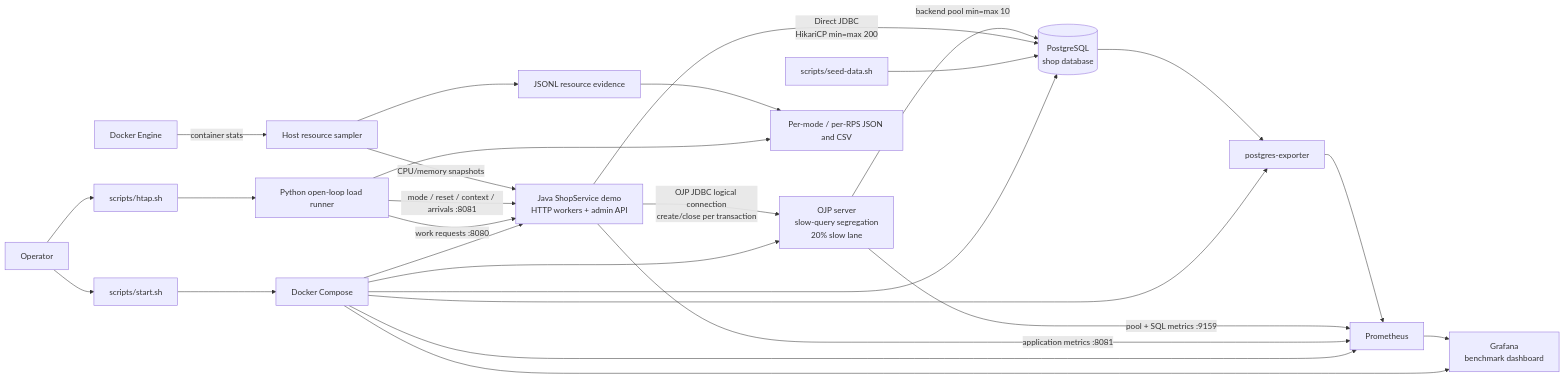
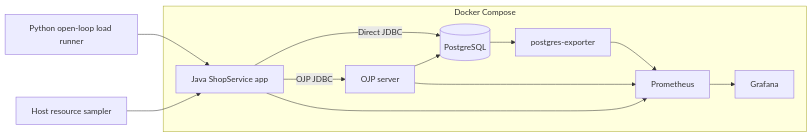
One commit to Open-J-Proxy/ojp-live-demo changed the diagram in README.md. Above: the diagram before and after it, drawn with Mermaid.

Commit message:
Simplify component architecture diagram

````diff
--- a/README.md
+++ b/README.md
@@ -93,29 +93,21 @@
 ```mermaid
 flowchart LR
-    Operator["Operator"] --> Start["scripts/start.sh"]
-    Operator --> HTAP["scripts/htap.sh"]
-    Start --> Compose["Docker Compose"]
-    Compose --> PG[("PostgreSQL<br/>shop database")]
-    Compose --> App["Java ShopService demo<br/>HTTP workers + admin API"]
-    Compose --> OJP["OJP server<br/>slow-query segregation<br/>20% slow lane"]
-    Compose --> Exporter["postgres-exporter"]
-    Compose --> Prom["Prometheus"]
-    Compose --> Grafana["Grafana<br/>benchmark dashboard"]
-    Seed["scripts/seed-data.sh"] --> PG
-    HTAP --> Load["Python open-loop load runner"]
-    Load -->|"work requests :8080"| App
-    Load -->|"mode / reset / context / arrivals :8081"| App
-    App -->|"Direct JDBC<br/>HikariCP min=max 200"| PG
-    App -->|"OJP JDBC logical connection<br/>create/close per transaction"| OJP
-    OJP -->|"backend pool min=max 10"| PG
+    subgraph Compose["Docker Compose"]
+        App["Java ShopService app"]
+        OJP["OJP server"]
+        PG[("PostgreSQL")]
+        Exporter["postgres-exporter"]
+        Prom["Prometheus"]
+        Grafana["Grafana"]
+    end
+    Load["Python open-loop load runner"] --> App
+    App -->|"Direct JDBC"| PG
+    App -->|"OJP JDBC"| OJP
+    OJP --> PG
     PG --> Exporter
-    App -->|"application metrics :8081"| Prom
-    OJP -->|"pool + SQL metrics :9159"| Prom
+    App --> Prom
+    OJP --> Prom
     Exporter --> Prom
-    Docker["Docker Engine"] -->|"container stats"| Sampler["Host resource sampler"]
-    Sampler -->|"CPU/memory snapshots"| App
-    Sampler --> Results["JSONL resource evidence"]
-    Load --> Results2["Per-mode / per-RPS JSON and CSV"]
-    Results --> Results2
     Prom --> Grafana
+    Sampler["Host resource sampler"] --> App
 ```
````
